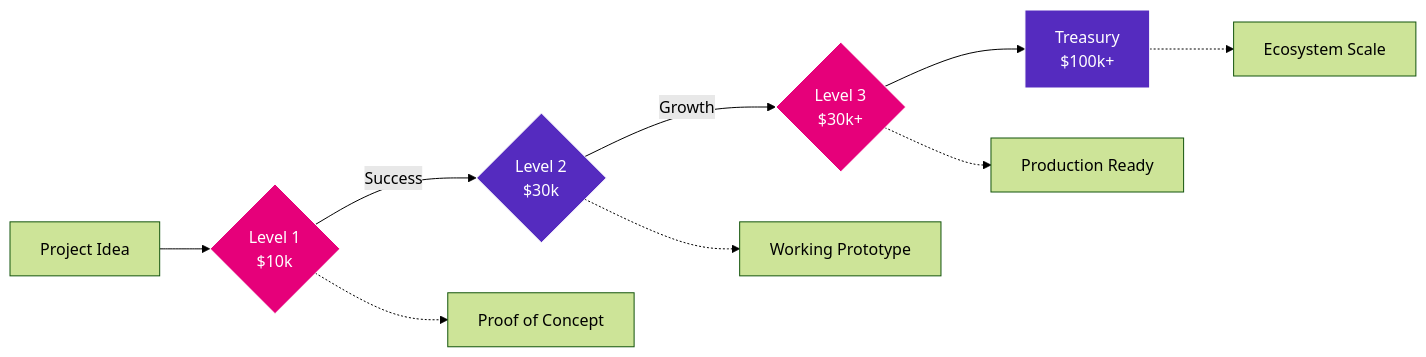
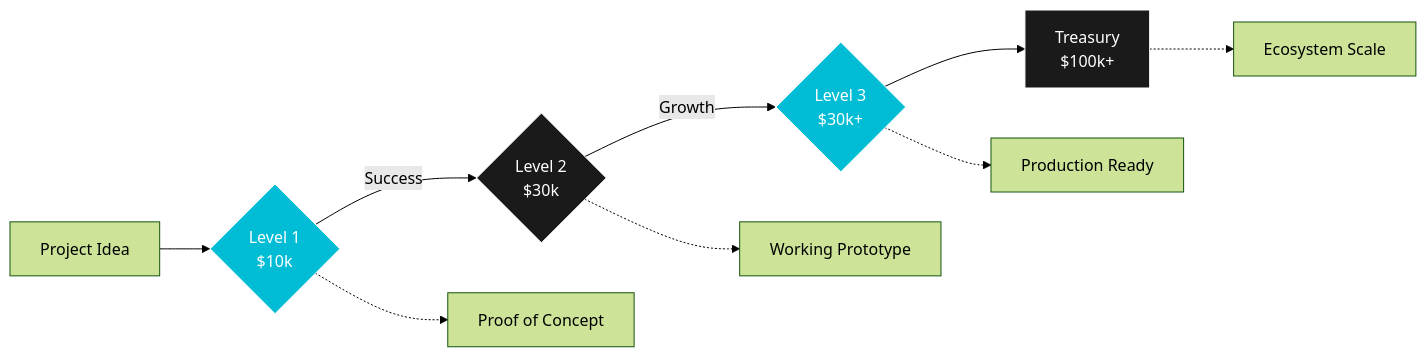
One commit to openguild-labs/polkadot-codecamp changed the seventh of 7 diagrams in slides/build-on-polkadot-narratives.md. Above: the diagram before and after it, drawn with Mermaid (forest theme). The commit also changed other lines of this file and 6 other files, not shown here.

````diff
--- a/slides/build-on-polkadot-narratives.md
+++ b/slides/build-on-polkadot-narratives.md
@@ -483,17 +483,17 @@
 ```mermaid
 graph LR
     IDEA[Project Idea] --> L1{Level 1<br/>$10k}
     L1 -->|Success| L2{Level 2<br/>$30k}
     L2 -->|Growth| L3{Level 3<br/>$30k+}
     L3 --> TREAS[Treasury<br/>$100k+]
 
     L1 -.-> POC[Proof of Concept]
     L2 -.-> PROTO[Working Prototype]
     L3 -.-> PROD[Production Ready]
     TREAS -.-> SCALE[Ecosystem Scale]
 
-    style L1 fill:#E6007A,stroke:#fff,color:#fff
-    style L2 fill:#552BBF,stroke:#fff,color:#fff
-    style L3 fill:#E6007A,stroke:#fff,color:#fff
-    style TREAS fill:#552BBF,stroke:#fff,color:#fff
+    style L1 fill:#00BCD4,stroke:#fff,color:#fff
+    style L2 fill:#1a1a1a,stroke:#fff,color:#fff
+    style L3 fill:#00BCD4,stroke:#fff,color:#fff
+    style TREAS fill:#1a1a1a,stroke:#fff,color:#fff
 ```
````
